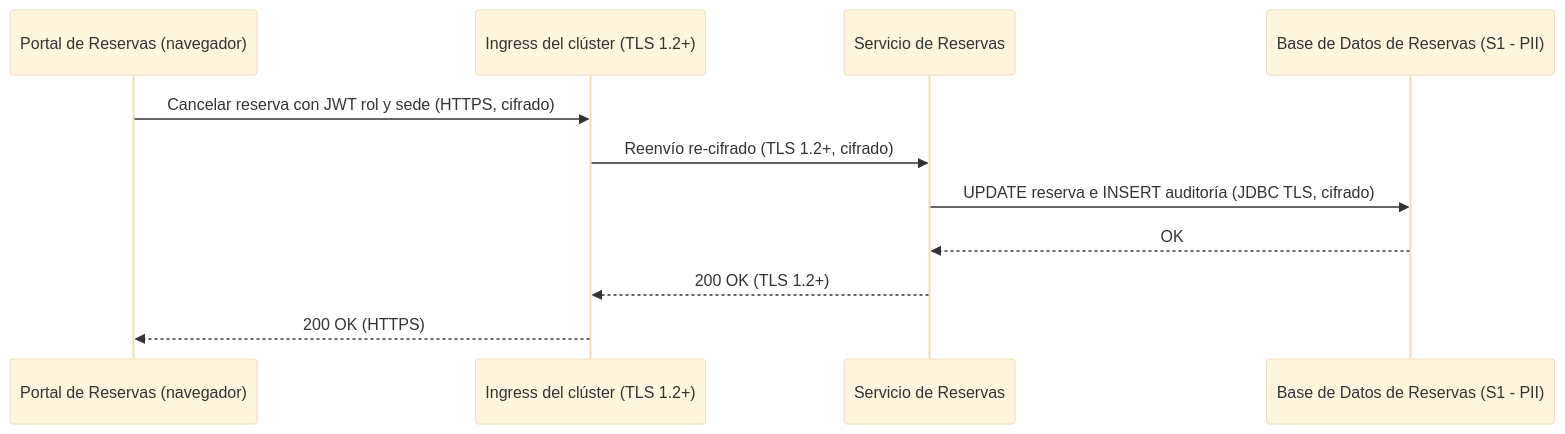
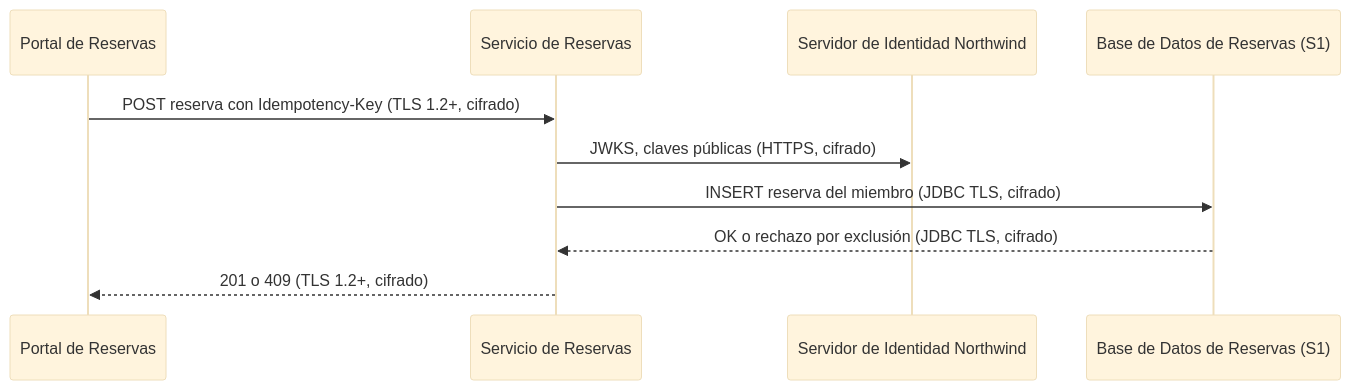
The second of 3 diagrams in analysis/DATA-SENSITIVITY-2026-11-03.md (shadowX4fox/northwind-reservas), drawn with Mermaid (base theme) before and after one commit. The commit also changed other lines of this file and 9 other files, not shown here.

````diff
--- a/analysis/DATA-SENSITIVITY-2026-11-03.md
+++ b/analysis/DATA-SENSITIVITY-2026-11-03.md
@@ -67,13 +70,12 @@
 ```mermaid
 sequenceDiagram
-  participant Navegador as Portal de Reservas (navegador)
-  participant Ingress as Ingress del clúster (TLS 1.2+)
+  participant Portal as Portal de Reservas
   participant Servicio as Servicio de Reservas
-  participant DB as Base de Datos de Reservas (S1 - PII)
-  Navegador->>Ingress: Cancelar reserva con JWT rol y sede (HTTPS, cifrado)
-  Ingress->>Servicio: Reenvío re-cifrado (TLS 1.2+, cifrado)
-  Servicio->>DB: UPDATE reserva e INSERT auditoría (JDBC TLS, cifrado)
-  DB-->>Servicio: OK
-  Servicio-->>Ingress: 200 OK (TLS 1.2+)
-  Ingress-->>Navegador: 200 OK (HTTPS)
+  participant IdP as Servidor de Identidad Northwind
+  participant BD as Base de Datos de Reservas (S1)
+  Portal->>Servicio: POST reserva con Idempotency-Key (TLS 1.2+, cifrado)
+  Servicio->>IdP: JWKS, claves públicas (HTTPS, cifrado)
+  Servicio->>BD: INSERT reserva del miembro (JDBC TLS, cifrado)
+  BD-->>Servicio: OK o rechazo por exclusión (JDBC TLS, cifrado)
+  Servicio-->>Portal: 201 o 409 (TLS 1.2+, cifrado)
 ```
````
